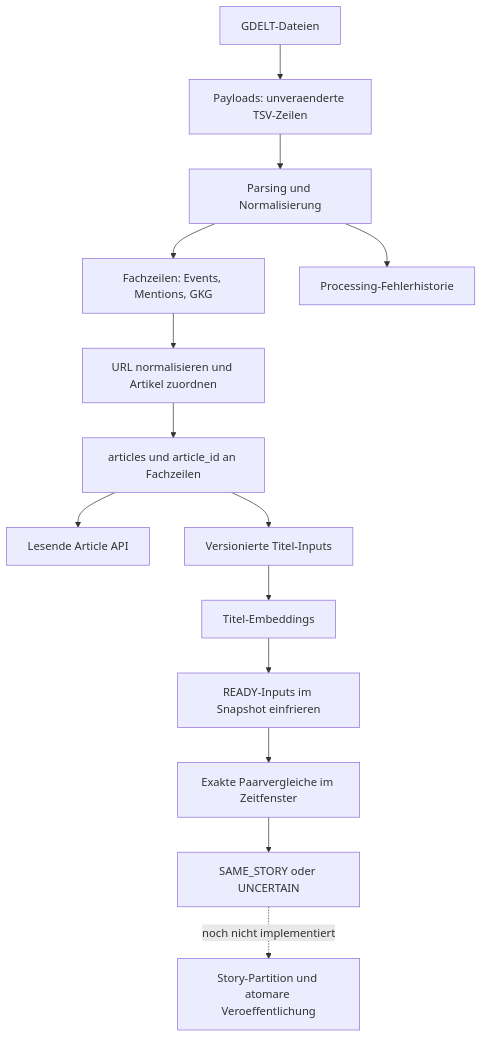
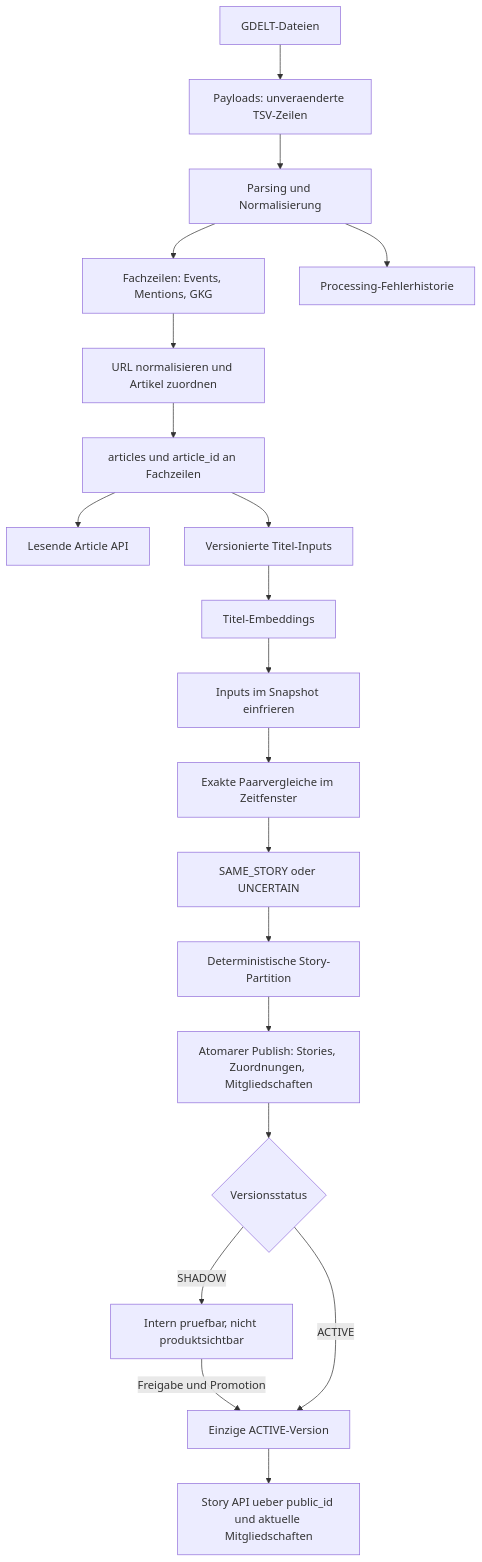
Before and after one commit to Lnscc/global-news-engine-v1: the fourth of 4 diagrams in docs/database-overview.md, drawn with Mermaid. The commit also changed other lines of this file and 3 other files, not shown here.

Commit message:
docs: update story architecture overview

````diff
--- a/docs/database-overview.md
+++ b/docs/database-overview.md
@@ -155,16 +199,22 @@
 ```mermaid
 flowchart TD
     F[GDELT-Dateien] --> P[Payloads: unveraenderte TSV-Zeilen]
     P --> N[Parsing und Normalisierung]
     N --> G[Fachzeilen: Events, Mentions, GKG]
     N --> E[Processing-Fehlerhistorie]
     G --> U[URL normalisieren und Artikel zuordnen]
     U --> A[articles und article_id an Fachzeilen]
     A --> API[Lesende Article API]
     A --> I[Versionierte Titel-Inputs]
     I --> B[Titel-Embeddings]
-    B --> S[READY-Inputs im Snapshot einfrieren]
+    B --> S[Inputs im Snapshot einfrieren]
     S --> R[Exakte Paarvergleiche im Zeitfenster]
     R --> D[SAME_STORY oder UNCERTAIN]
-    D -. noch nicht implementiert .-> C[Story-Partition und atomare Veroeffentlichung]
+    D --> C[Deterministische Story-Partition]
+    C --> W[Atomarer Publish: Stories, Zuordnungen, Mitgliedschaften]
+    W --> V{Versionsstatus}
+    V -->|SHADOW| H[Intern pruefbar, nicht produktsichtbar]
+    H -->|Freigabe und Promotion| X[Einzige ACTIVE-Version]
+    V -->|ACTIVE| X
+    X --> Q[Story API ueber public_id und aktuelle Mitgliedschaften]
 ```
````
